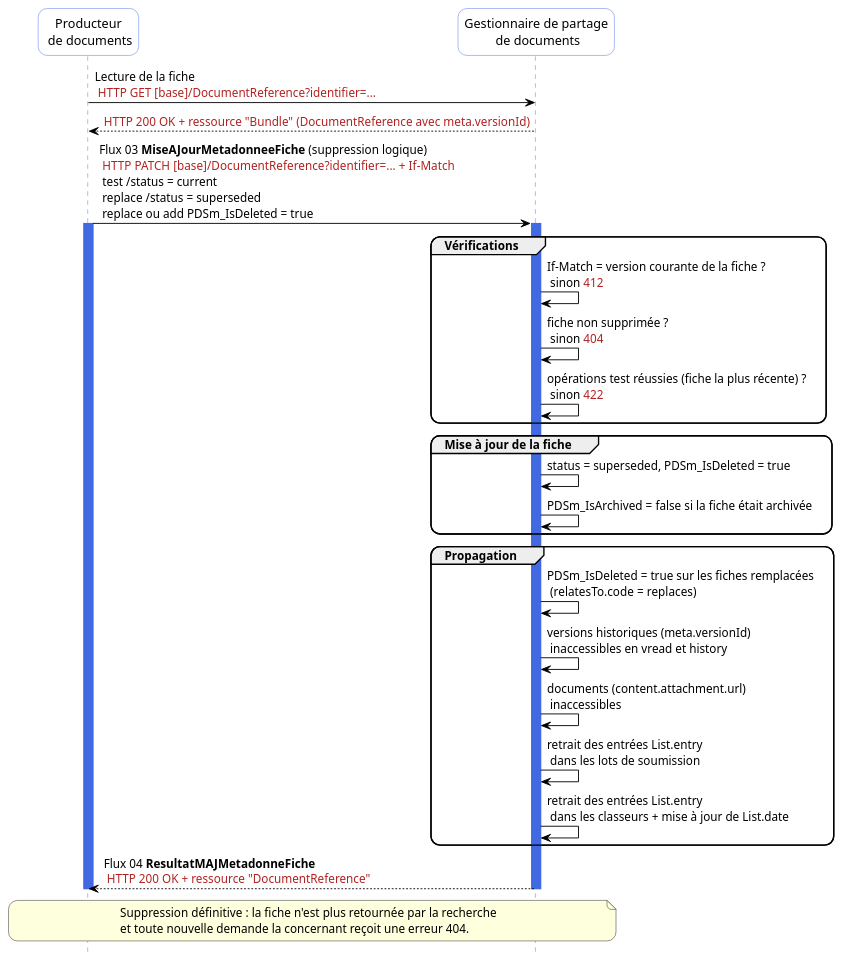
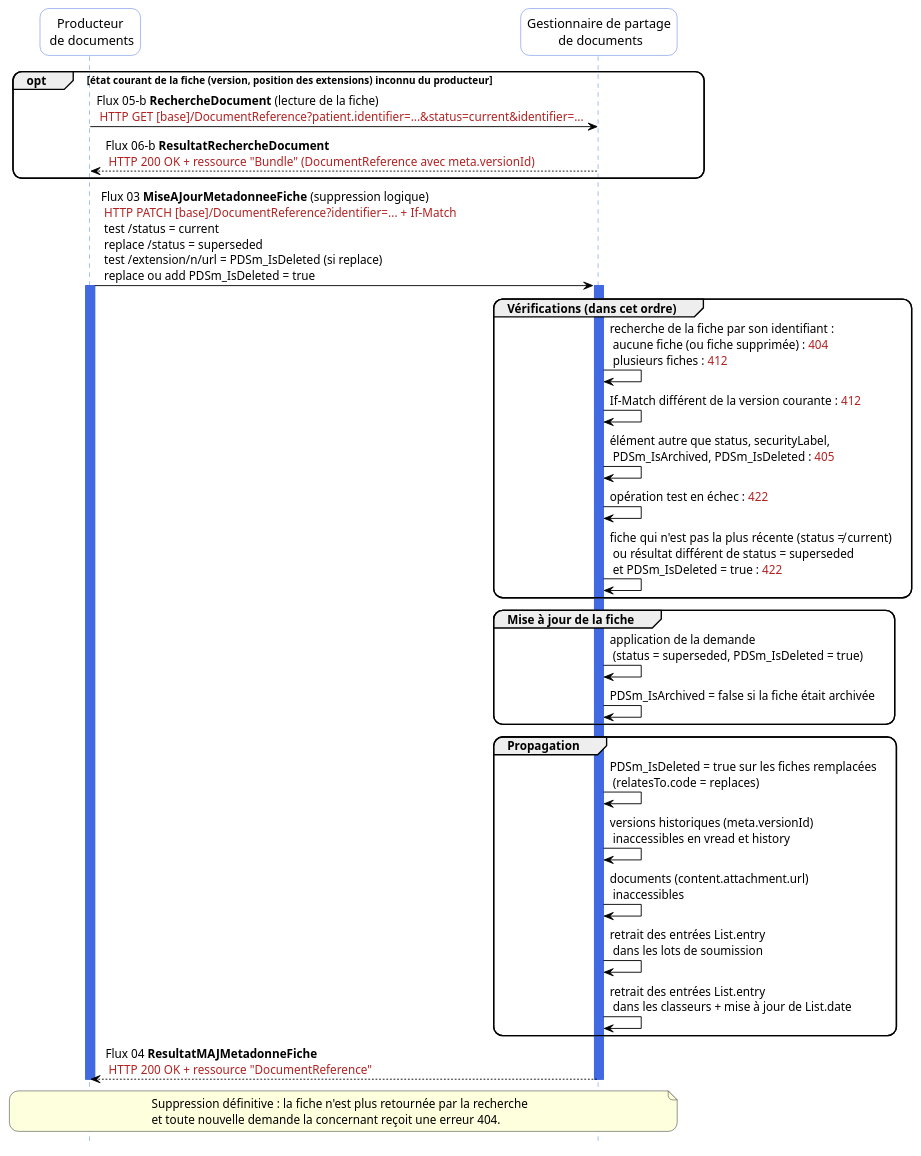
One commit to ansforge/IG-fhir-partage-de-documents-de-sante changed the diagram in input/images-source/PDSm-suppression-logique.plantuml. Above: the diagram before and after it, drawn with PlantUML. The commit also changed 1 other file, not shown here.

```diff
--- a/input/images-source/PDSm-suppression-logique.plantuml
+++ b/input/images-source/PDSm-suppression-logique.plantuml
@@ -1,54 +1,58 @@
 @startuml
 hide footbox
 
 skinparam sequence {
  arrowColor black
  ParticipantBorderColor RoyalBlue
  ParticipantBackgroundColor white
  LifeLineBorderColor RoyalBlue
  LifeLineBackgroundColor RoyalBlue
  ParticipantFontSize 14
  ParticipantFontName arial
  ParticipantPadding 20
 }
 skinparam  roundcorner 20
 
 
 participant "Producteur\n de documents" as PROD
 participant "Gestionnaire de partage\n de documents" as INFRA
 
-PROD-[#black]> INFRA : Lecture de la fiche \n <color #FireBrick>HTTP GET [base]/DocumentReference?identifier=...</color>
-INFRA-[#black]-> PROD : <color #FireBrick>HTTP 200 OK + ressource "Bundle" (DocumentReference avec meta.versionId)</color>
+opt état courant de la fiche (version, position des extensions) inconnu du producteur
+  PROD-[#black]> INFRA : Flux 05-b **RechercheDocument** (lecture de la fiche) \n <color #FireBrick>HTTP GET [base]/DocumentReference?patient.identifier=...&status=current&identifier=...</color>
+  INFRA-[#black]-> PROD : Flux 06-b **ResultatRechercheDocument** \n <color #FireBrick>HTTP 200 OK + ressource "Bundle" (DocumentReference avec meta.versionId)</color>
+end
 
-PROD-[#black]> INFRA : Flux 03 **MiseAJourMetadonneeFiche** (suppression logique) \n <color #FireBrick>HTTP PATCH [base]/DocumentReference?identifier=... + If-Match</color> \n test /status = current \n replace /status = superseded \n replace ou add PDSm_IsDeleted = true
+PROD-[#black]> INFRA : Flux 03 **MiseAJourMetadonneeFiche** (suppression logique) \n <color #FireBrick>HTTP PATCH [base]/DocumentReference?identifier=... + If-Match</color> \n test /status = current \n replace /status = superseded \n test /extension/n/url = PDSm_IsDeleted (si replace) \n replace ou add PDSm_IsDeleted = true
 activate INFRA
 activate PROD
 
-group Vérifications
-  INFRA -> INFRA : If-Match = version courante de la fiche ?\n sinon <color #FireBrick>412</color>
-  INFRA -> INFRA : fiche non supprimée ?\n sinon <color #FireBrick>404</color>
-  INFRA -> INFRA : opérations test réussies (fiche la plus récente) ?\n sinon <color #FireBrick>422</color>
+group Vérifications (dans cet ordre)
+  INFRA -> INFRA : recherche de la fiche par son identifiant :\n aucune fiche (ou fiche supprimée) : <color #FireBrick>404</color>\n plusieurs fiches : <color #FireBrick>412</color>
+  INFRA -> INFRA : If-Match différent de la version courante : <color #FireBrick>412</color>
+  INFRA -> INFRA : élément autre que status, securityLabel,\n PDSm_IsArchived, PDSm_IsDeleted : <color #FireBrick>405</color>
+  INFRA -> INFRA : opération test en échec : <color #FireBrick>422</color>
+  INFRA -> INFRA : fiche qui n'est pas la plus récente (status ≠ current)\n ou résultat différent de status = superseded\n et PDSm_IsDeleted = true : <color #FireBrick>422</color>
 end
 
 group Mise à jour de la fiche
-  INFRA -> INFRA : status = superseded, PDSm_IsDeleted = true
+  INFRA -> INFRA : application de la demande\n (status = superseded, PDSm_IsDeleted = true)
   INFRA -> INFRA : PDSm_IsArchived = false si la fiche était archivée
 end
 
 group Propagation
   INFRA -> INFRA : PDSm_IsDeleted = true sur les fiches remplacées\n (relatesTo.code = replaces)
   INFRA -> INFRA : versions historiques (meta.versionId)\n inaccessibles en vread et history
   INFRA -> INFRA : documents (content.attachment.url)\n inaccessibles
   INFRA -> INFRA : retrait des entrées List.entry\n dans les lots de soumission
   INFRA -> INFRA : retrait des entrées List.entry\n dans les classeurs + mise à jour de List.date
 end
 
 INFRA-[#black]-> PROD : Flux 04 **ResultatMAJMetadonneFiche** \n <color #FireBrick>HTTP 200 OK + ressource "DocumentReference"</color>
 deactivate PROD
 deactivate INFRA
 
 note over PROD, INFRA
   Suppression définitive : la fiche n'est plus retournée par la recherche
   et toute nouvelle demande la concernant reçoit une erreur 404.
 end note
 @enduml
```
